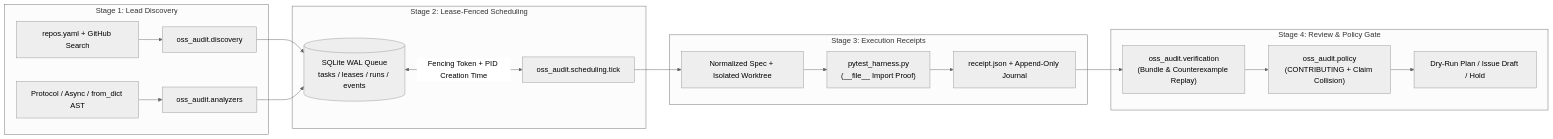
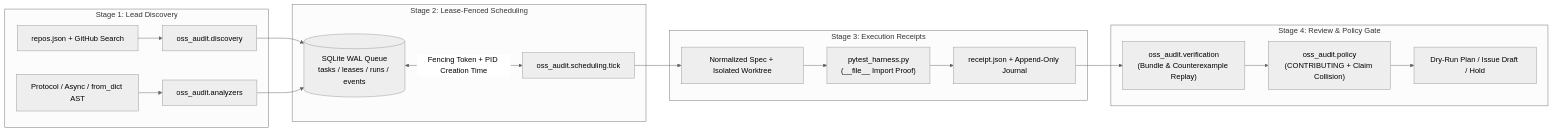
Before and after one commit to Starchaser1024/oss-audit: the first of 2 diagrams in docs/ARCHITECTURE.md, drawn with Mermaid (neutral theme). The commit also changed other lines of this file and 10 other files, not shown here.

Commit message:
fix(ledger,config): sanitize ledger.json schema and migrate repos.yaml to repos.json

````diff
--- a/docs/ARCHITECTURE.md
+++ b/docs/ARCHITECTURE.md
@@ -9,25 +9,25 @@
 ```mermaid
 flowchart LR
     subgraph Stage1["Stage 1: Lead Discovery"]
-        INV["repos.yaml + GitHub Search"] --> DISC["oss_audit.discovery"]
+        INV["repos.json + GitHub Search"] --> DISC["oss_audit.discovery"]
         AST["Protocol / Async / from_dict AST"] --> ANA["oss_audit.analyzers"]
     end
 
     subgraph Stage2["Stage 2: Lease-Fenced Scheduling"]
         DISC --> SQL[("SQLite WAL Queue<br/>tasks / leases / runs / events")]
         ANA --> SQL
         SQL <-->|"Fencing Token + PID Creation Time"| TICK["oss_audit.scheduling.tick"]
     end
 
     subgraph Stage3["Stage 3: Execution Receipts"]
         TICK --> SPEC["Normalized Spec + Isolated Worktree"]
         SPEC --> HAR["pytest_harness.py<br/>(__file__ Import Proof)"]
         HAR --> REC["receipt.json + Append-Only Journal"]
     end
 
     subgraph Stage4["Stage 4: Review & Policy Gate"]
         REC --> VER["oss_audit.verification<br/>(Bundle & Counterexample Replay)"]
         VER --> POL["oss_audit.policy<br/>(CONTRIBUTING + Claim Collision)"]
         POL --> OUT["Dry-Run Plan / Issue Draft / Hold"]
     end
 ```
````
